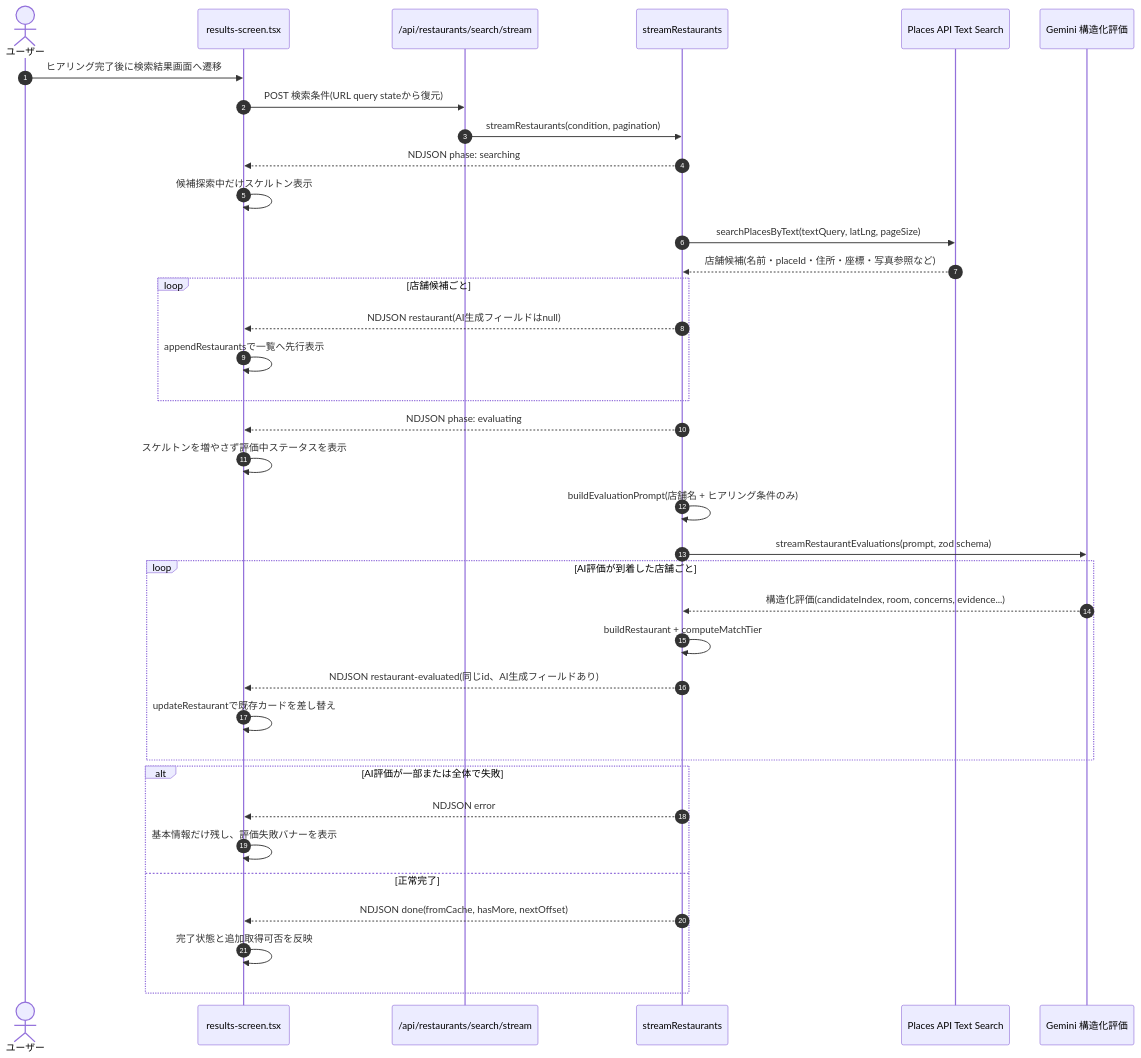
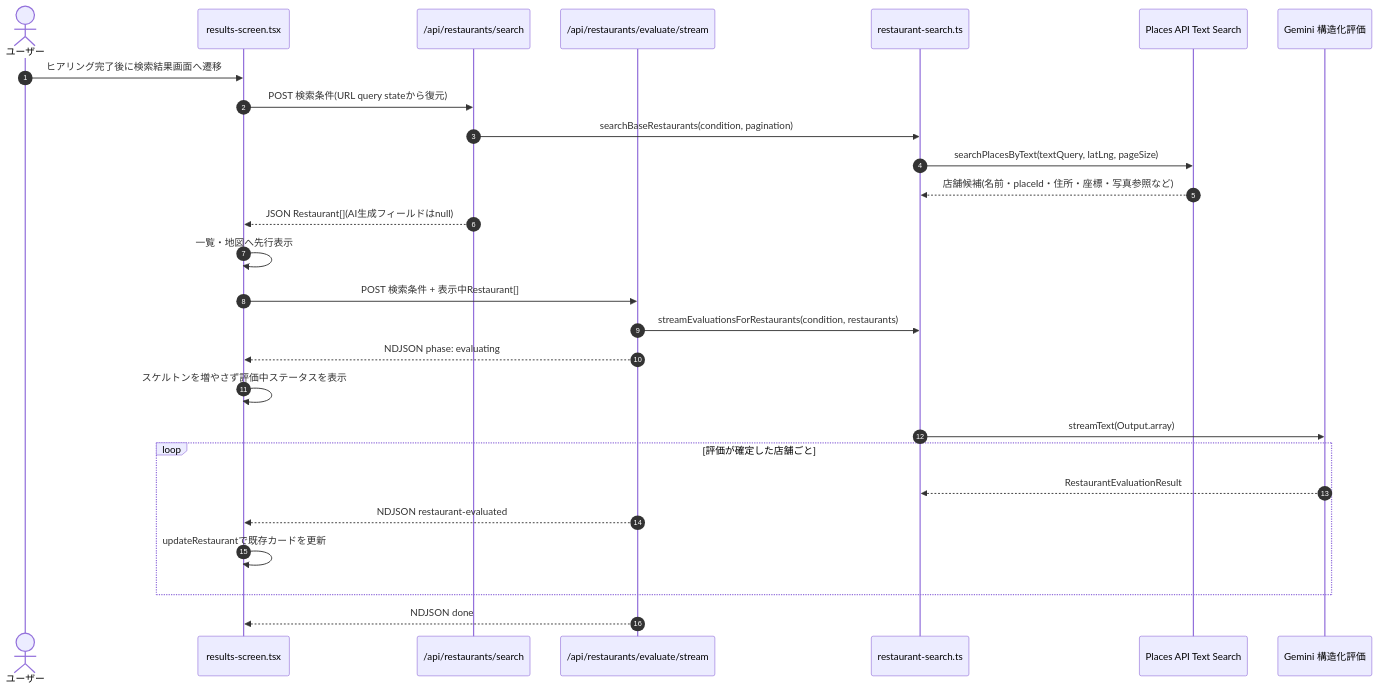
One commit to FooQoo/best-table changed the diagram in docs/AI.md. Above: the diagram before and after it, drawn with Mermaid. The commit also changed other lines of this file and 9 other files, not shown here.

Commit message:
Split restaurant search and evaluation streaming

````diff
--- a/docs/AI.md
+++ b/docs/AI.md
@@ -44,45 +44,32 @@
 ```mermaid
 sequenceDiagram
     autonumber
     actor User as ユーザー
     participant UI as results-screen.tsx
-    participant Route as /api/restaurants/search/stream
-    participant Service as streamRestaurants
+    participant SearchRoute as /api/restaurants/search
+    participant EvalRoute as /api/restaurants/evaluate/stream
+    participant Service as restaurant-search.ts
     participant Places as Places API Text Search
     participant Gemini as Gemini 構造化評価
 
     User->>UI: ヒアリング完了後に検索結果画面へ遷移
-    UI->>Route: POST 検索条件(URL query stateから復元)
-    Route->>Service: streamRestaurants(condition, pagination)
-    Service-->>UI: NDJSON phase: searching
-    UI->>UI: 候補探索中だけスケルトン表示
-
+    UI->>SearchRoute: POST 検索条件(URL query stateから復元)
+    SearchRoute->>Service: searchBaseRestaurants(condition, pagination)
     Service->>Places: searchPlacesByText(textQuery, latLng, pageSize)
     Places-->>Service: 店舗候補(名前・placeId・住所・座標・写真参照など)
+    SearchRoute-->>UI: JSON Restaurant[](AI生成フィールドはnull)
+    UI->>UI: 一覧・地図へ先行表示
 
-    loop 店舗候補ごと
-        Service-->>UI: NDJSON restaurant(AI生成フィールドはnull)
-        UI->>UI: appendRestaurantsで一覧へ先行表示
-    end
-
-    Service-->>UI: NDJSON phase: evaluating
+    UI->>EvalRoute: POST 検索条件 + 表示中Restaurant[]
+    EvalRoute->>Service: streamEvaluationsForRestaurants(condition, restaurants)
+    EvalRoute-->>UI: NDJSON phase: evaluating
     UI->>UI: スケルトンを増やさず評価中ステータスを表示
 
-    Service->>Service: buildEvaluationPrompt(店舗名 + ヒアリング条件のみ)
-    Service->>Gemini: streamRestaurantEvaluations(prompt, zod schema)
-
-    loop AI評価が到着した店舗ごと
-        Gemini-->>Service: 構造化評価(candidateIndex, room, concerns, evidence...)
-        Service->>Service: buildRestaurant + computeMatchTier
-        Service-->>UI: NDJSON restaurant-evaluated(同じid、AI生成フィールドあり)
-        UI->>UI: updateRestaurantで既存カードを差し替え
+    Service->>Gemini: streamText(Output.array)
+    loop 評価が確定した店舗ごと
+        Gemini-->>Service: RestaurantEvaluationResult
+        EvalRoute-->>UI: NDJSON restaurant-evaluated
+        UI->>UI: updateRestaurantで既存カードを更新
     end
-
-    alt AI評価が一部または全体で失敗
-        Service-->>UI: NDJSON error
-        UI->>UI: 基本情報だけ残し、評価失敗バナーを表示
-    else 正常完了
-        Service-->>UI: NDJSON done(fromCache, hasMore, nextOffset)
-        UI->>UI: 完了状態と追加取得可否を反映
-    end
+    EvalRoute-->>UI: NDJSON done
 ```
````
